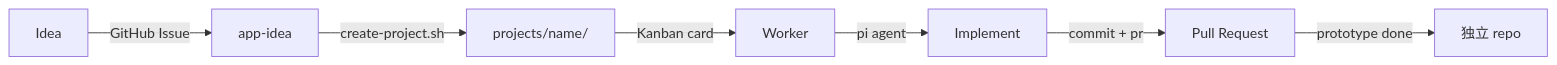
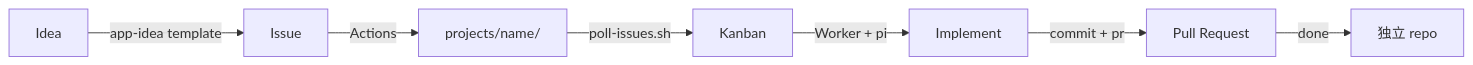
Before and after one commit to dohzoh/hermes-integrations: the second of 2 diagrams in README.md, drawn with Mermaid. The commit also changed other lines of this file and 1 other file, not shown here.

First line of the commit message:
Add GitHub Actions workflow for Issue scaffold

````diff
--- a/README.md
+++ b/README.md
@@ -36,9 +37,9 @@
 ```mermaid
 flowchart LR
-  A[Idea] -->|GitHub Issue| B[app-idea]
-  B -->|create-project.sh| C[projects/name/]
-  C -->|Kanban card| D[Worker]
-  D -->|pi agent| E[Implement]
+  A[Idea] -->|app-idea template| B[Issue]
+  B -->|Actions| C[projects/name/]
+  C -->|poll-issues.sh| D[Kanban]
+  D -->|Worker + pi| E[Implement]
   E -->|commit + pr| F[Pull Request]
-  F -->|prototype done| G[独立 repo]
+  F -->|done| G[独立 repo]
 ```
````
